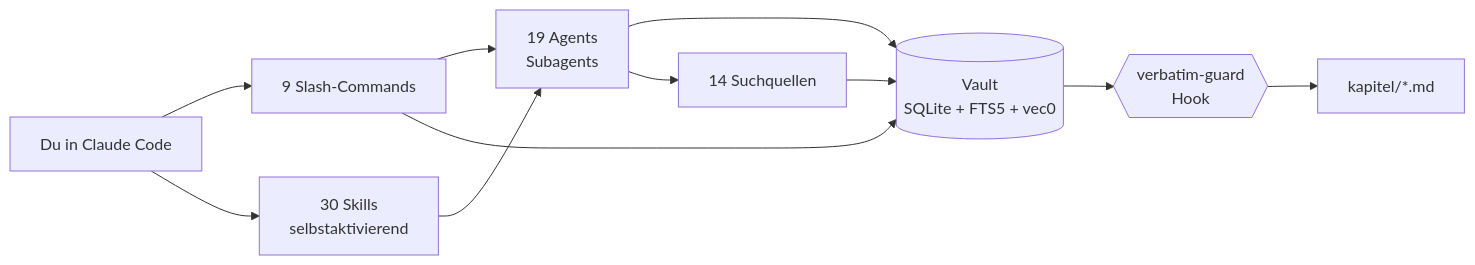
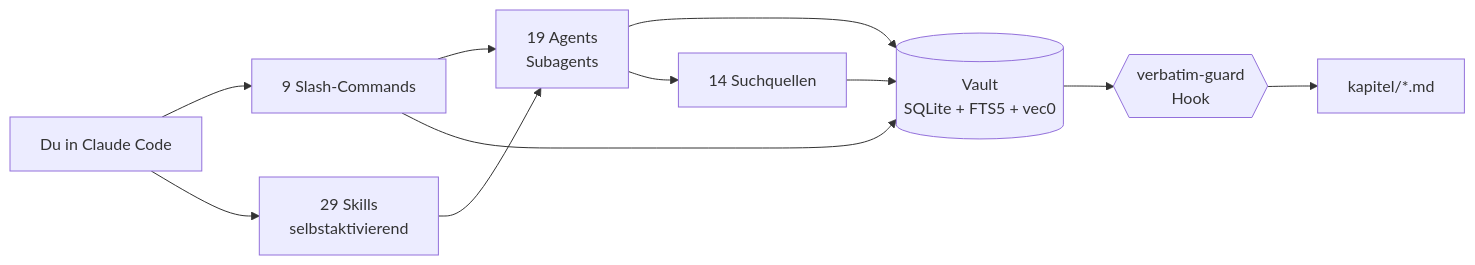
The diagram in README.md (ahlerjam/academic-research), drawn with Mermaid before and after one commit. The commit also changed other lines of this file and 79 other files, not shown here.

````diff
--- a/README.md
+++ b/README.md
@@ -75,13 +75,13 @@
 ```mermaid
 graph LR
     U[Du in Claude Code] --> C[9 Slash-Commands]
-    U --> S[30 Skills<br/>selbstaktivierend]
+    U --> S[29 Skills<br/>selbstaktivierend]
     C --> A[19 Agents<br/>Subagents]
     S --> A
     A --> V[(Vault<br/>SQLite + FTS5 + vec0)]
     C --> V
     A --> Q[14 Suchquellen]
     Q --> V
     V --> H{{verbatim-guard<br/>Hook}}
     H --> K[kapitel/*.md]
 ```
````
